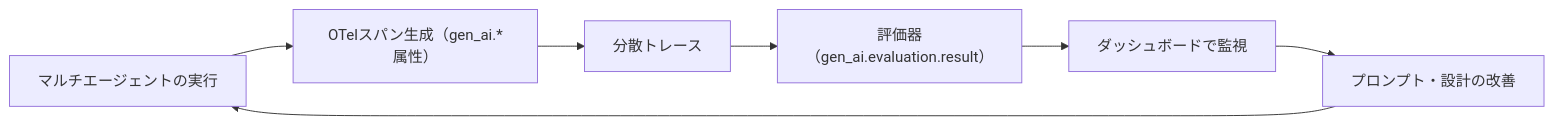
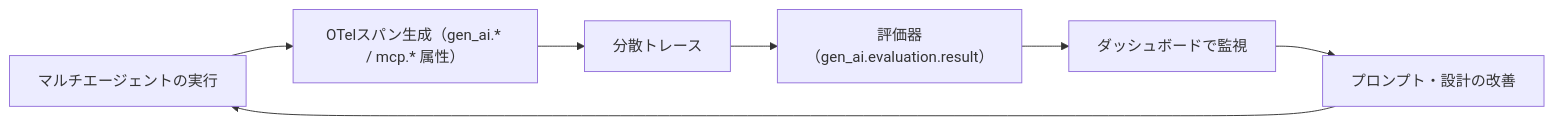
One commit to myoshi2891/Software-Design-and-Architecture changed diagram 19 of 22 in Designing-multi-agent-systems.md. Above: the diagram before and after it, drawn with Mermaid. The commit also changed other lines of this file and 3 other files, not shown here.

````diff
--- a/Designing-multi-agent-systems.md
+++ b/Designing-multi-agent-systems.md
@@ -617,9 +628,9 @@
 ```mermaid
 flowchart LR
-    Agent[マルチエージェントの実行] --> Span["OTelスパン生成（gen_ai.*属性）"]
+    Agent[マルチエージェントの実行] --> Span["OTelスパン生成（gen_ai.* / mcp.* 属性）"]
     Span --> Trace[分散トレース]
     Trace --> Eval["評価器（gen_ai.evaluation.result）"]
     Eval --> Dash[ダッシュボードで監視]
     Dash --> Fix[プロンプト・設計の改善]
     Fix --> Agent
 ```
````
